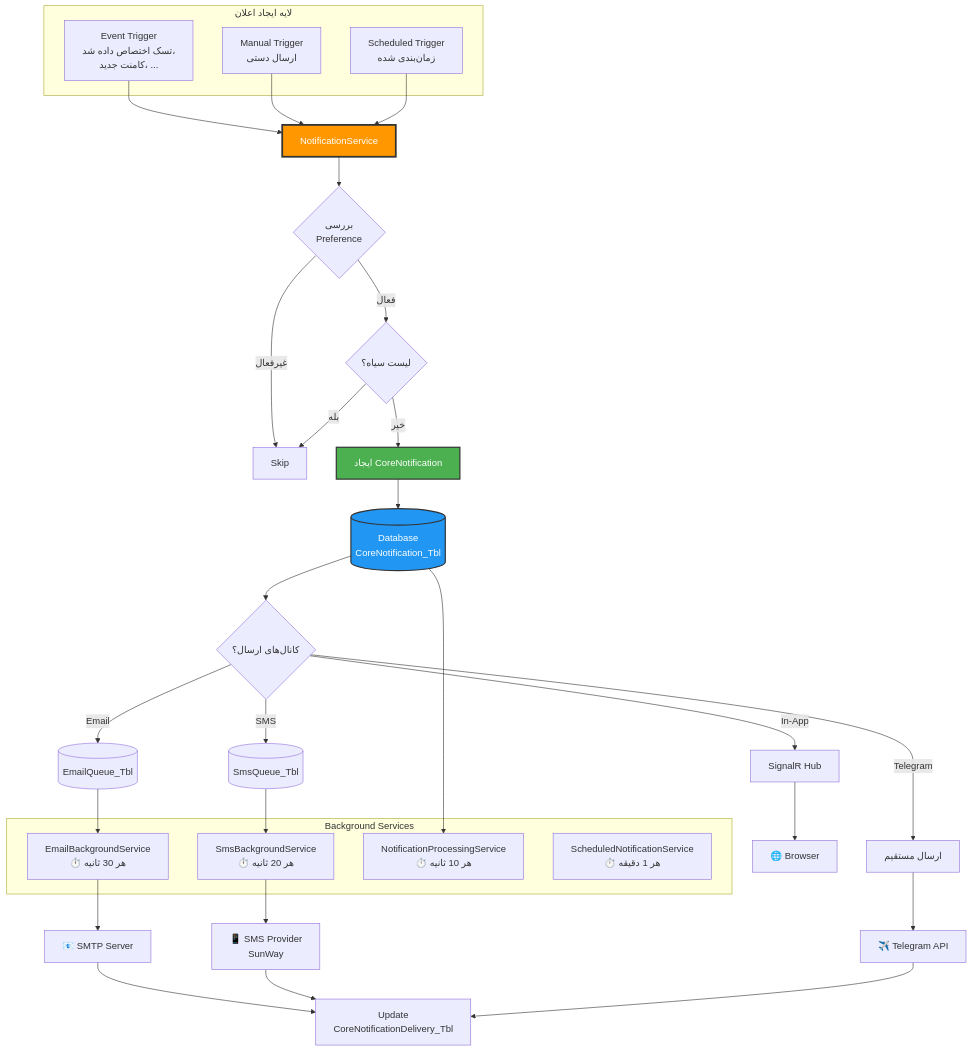
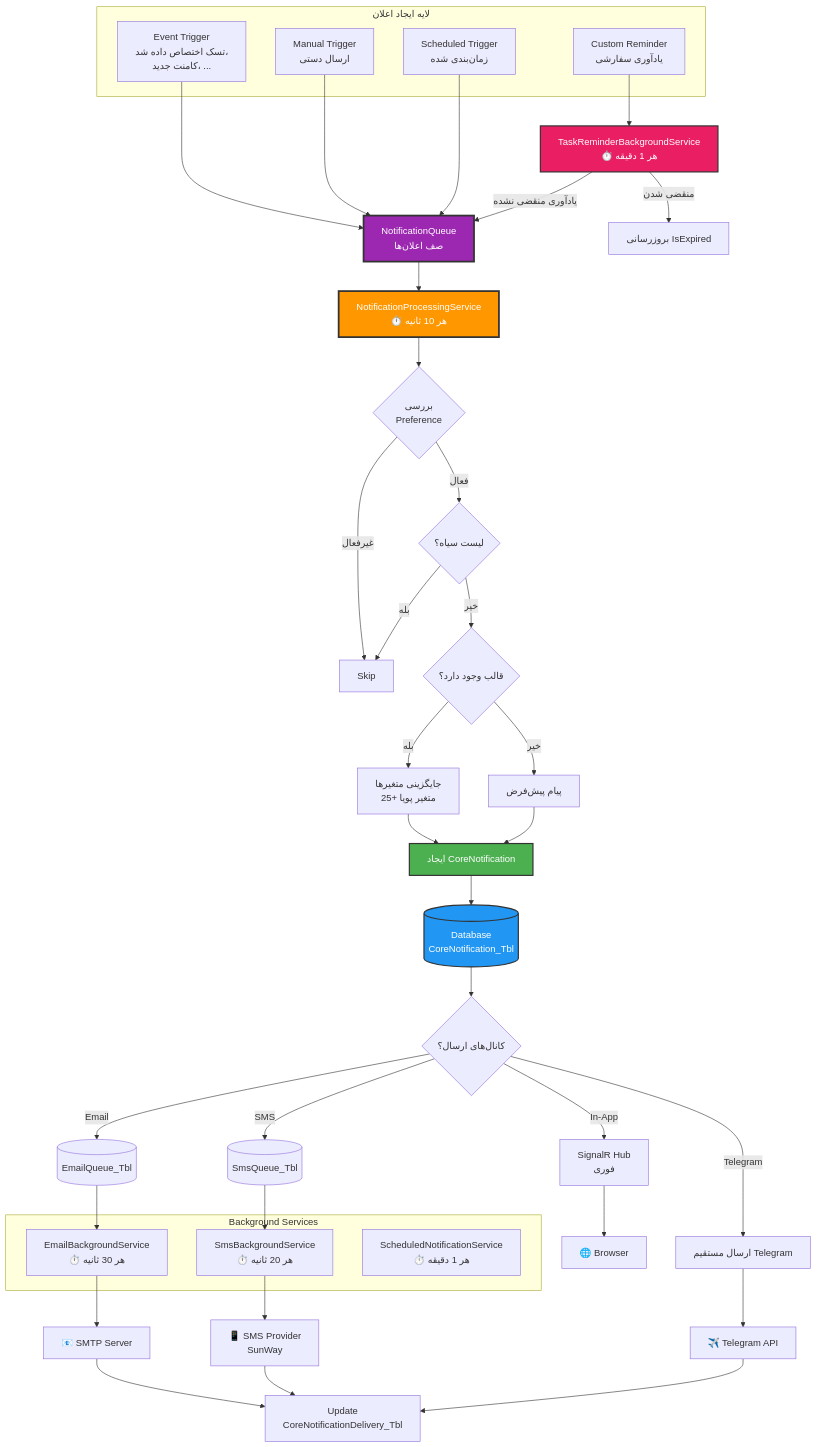
The first of 5 diagrams in MahERP.DataModelLayer/Documentary/Diagrams/06-Notification-System-Diagram.md (aminrey/MahERP), drawn with Mermaid before and after one commit. The commit also changed other lines of this file and 9 other files, not shown here.

First line of the commit message:
Add custom reminders and enhance task notifications

````diff
--- a/MahERP.DataModelLayer/Documentary/Diagrams/06-Notification-System-Diagram.md
+++ b/MahERP.DataModelLayer/Documentary/Diagrams/06-Notification-System-Diagram.md
@@ -24,53 +26,66 @@
 ```mermaid
 graph TB
     subgraph "لایه ایجاد اعلان"
         Event[Event Trigger<br/>تسک اختصاص داده شد،<br/>کامنت جدید، ...]
         Manual[Manual Trigger<br/>ارسال دستی]
         Scheduled[Scheduled Trigger<br/>زمان‌بندی شده]
+        Reminder[Custom Reminder<br/>یادآوری سفارشی]
     end
     
-    Event --> NotifService[NotificationService]
-    Manual --> NotifService
-    Scheduled --> NotifService
+    Event --> NotifQueue[NotificationQueue<br/>صف اعلان‌ها]
+    Manual --> NotifQueue
+    Scheduled --> NotifQueue
+    Reminder --> ReminderBG[TaskReminderBackgroundService<br/>⏱️ هر 1 دقیقه]
     
-    NotifService --> CheckPreference{بررسی<br/>Preference}
+    ReminderBG -->|یادآوری منقضی نشده| NotifQueue
+    ReminderBG -->|منقضی شدن| UpdateExpired[بروزرسانی IsExpired]
+    
+    NotifQueue --> NotifProcessing[NotificationProcessingService<br/>⏱️ هر 10 ثانیه]
+    
+    NotifProcessing --> CheckPreference{بررسی<br/>Preference}
     
     CheckPreference -->|غیرفعال| Skip[Skip]
     CheckPreference -->|فعال| CheckBlacklist{لیست سیاه؟}
     
     CheckBlacklist -->|بله| Skip
-    CheckBlacklist -->|خیر| CreateNotif[ایجاد CoreNotification]
+    CheckBlacklist -->|خیر| LoadTemplate{قالب وجود دارد؟}
+    
+    LoadTemplate -->|بله| ReplaceVars[جایگزینی متغیرها<br/>25+ متغیر پویا]
+    LoadTemplate -->|خیر| DefaultMsg[پیام پیش‌فرض]
+    
+    ReplaceVars --> CreateNotif[ایجاد CoreNotification]
+    DefaultMsg --> CreateNotif
     
     CreateNotif --> Database[(Database<br/>CoreNotification_Tbl)]
     
     Database --> DeliveryCheck{کانال‌های ارسال؟}
     
+    DeliveryCheck -->|In-App| SignalR[SignalR Hub<br/>فوری]
     DeliveryCheck -->|Email| EmailQueue[(EmailQueue_Tbl)]
     DeliveryCheck -->|SMS| SmsQueue[(SmsQueue_Tbl)]
-    DeliveryCheck -->|Telegram| TelegramDirect[ارسال مستقیم]
-    DeliveryCheck -->|In-App| SignalR[SignalR Hub]
+    DeliveryCheck -->|Telegram| TelegramDirect[ارسال مستقیم Telegram]
     
     subgraph "Background Services"
         EmailBG[EmailBackgroundService<br/>⏱️ هر 30 ثانیه]
         SmsBG[SmsBackgroundService<br/>⏱️ هر 20 ثانیه]
-        NotifBG[NotificationProcessingService<br/>⏱️ هر 10 ثانیه]
         ScheduledBG[ScheduledNotificationService<br/>⏱️ هر 1 دقیقه]
     end
     
     EmailQueue --> EmailBG
     SmsQueue --> SmsBG
-    Database --> NotifBG
     
     EmailBG --> SMTP[📧 SMTP Server]
     SmsBG --> SmsProvider[📱 SMS Provider<br/>SunWay]
     TelegramDirect --> TelegramAPI[✈️ Telegram API]
     SignalR --> Browser[🌐 Browser]
     
     SMTP --> UpdateDelivery[Update<br/>CoreNotificationDelivery_Tbl]
     SmsProvider --> UpdateDelivery
     TelegramAPI --> UpdateDelivery
     
-    style NotifService fill:#FF9800,stroke:#333,stroke-width:3px,color:#fff
+    style NotifQueue fill:#9C27B0,stroke:#333,stroke-width:3px,color:#fff
+    style NotifProcessing fill:#FF9800,stroke:#333,stroke-width:3px,color:#fff
     style CreateNotif fill:#4CAF50,stroke:#333,stroke-width:2px,color:#fff
     style Database fill:#2196F3,stroke:#333,stroke-width:2px,color:#fff
+    style ReminderBG fill:#E91E63,stroke:#333,stroke-width:2px,color:#fff
 ```
````
